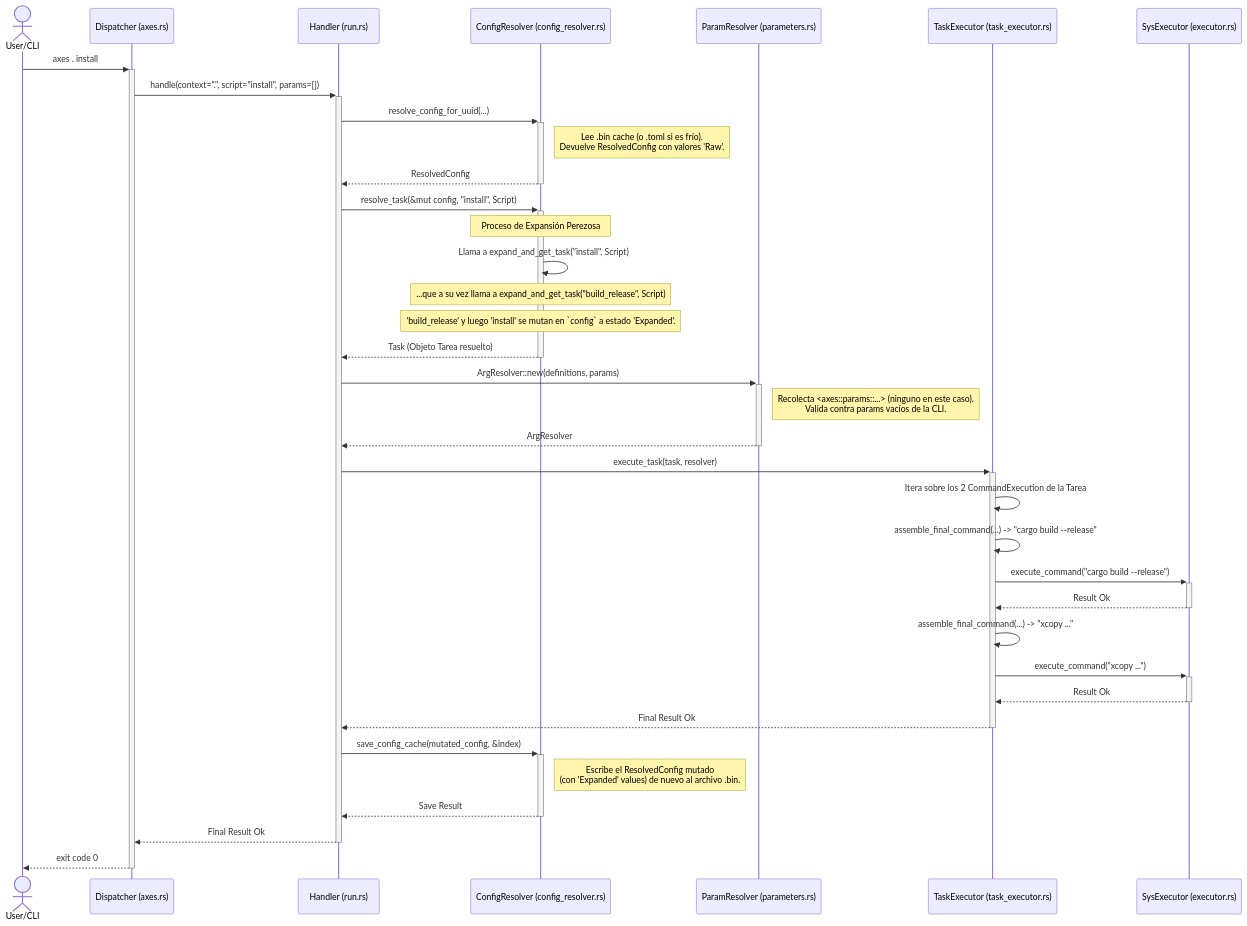
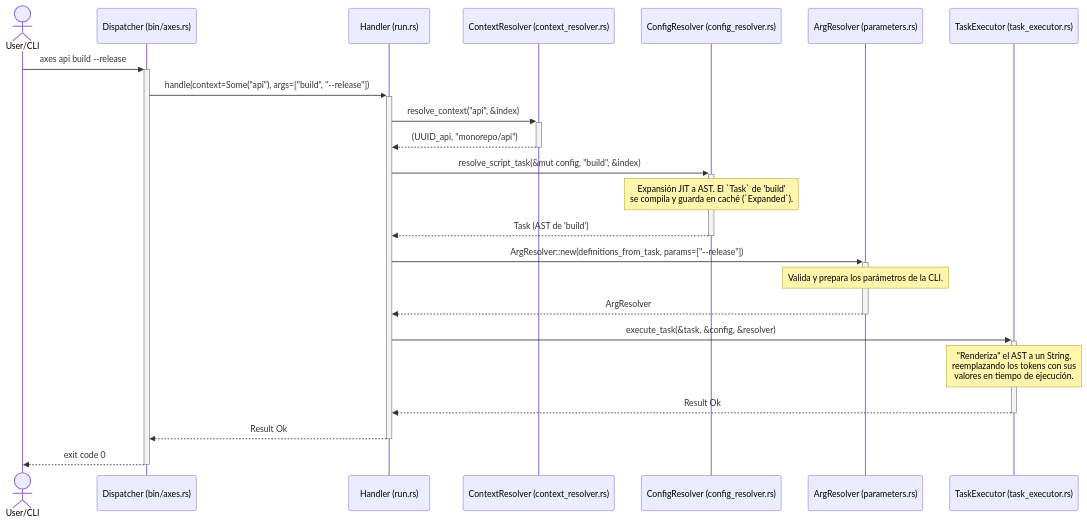
The third of 6 diagrams in docs/es/TECNICAL.md (RetypeOS/axes), drawn with Mermaid before and after one commit. The commit also changed other lines of this file and 2 other files, not shown here.

````diff
--- a/docs/es/TECNICAL.md
+++ b/docs/es/TECNICAL.md
@@ -390,48 +131,26 @@
 ```mermaid
 sequenceDiagram
     actor User/CLI
-    participant D as Dispatcher (axes.rs)
+    participant D as Dispatcher (bin/axes.rs)
     participant H as Handler (run.rs)
-    participant CR as ConfigResolver (config_resolver.rs)
-    participant PR as ParamResolver (parameters.rs)
+    participant CR as ContextResolver (context_resolver.rs)
+    participant CfgR as ConfigResolver (config_resolver.rs)
+    participant AR as ArgResolver (parameters.rs)
     participant TE as TaskExecutor (task_executor.rs)
-    participant SE as SysExecutor (executor.rs)
 
-    User/CLI->>+D: axes . install
-    D->>+H: handle(context=".", script="install", params=[])
-    
-    H->>+CR: resolve_config_for_uuid(...)
-    Note right of CR: Lee .bin cache (o .toml si es frío).<br>Devuelve ResolvedConfig con valores 'Raw'.
-    CR-->>-H: ResolvedConfig
-    
-    H->>+CR: resolve_task(&mut config, "install", Script)
-    
-    Note over CR: Proceso de Expansión Perezosa
-    CR->>CR: Llama a expand_and_get_task("install", Script)
-    Note over CR: ...que a su vez llama a expand_and_get_task("build_release", Script)
-    Note over CR: 'build_release' y luego 'install' se mutan en `config` a estado 'Expanded'.
-    
-    CR-->>-H: Task (Objeto Tarea resuelto)
-    
-    H->>+PR: ArgResolver::new(definitions, params)
-    Note right of PR: Recolecta <axes::params::...> (ninguno en este caso).<br>Valida contra params vacíos de la CLI.
-    PR-->>-H: ArgResolver
-    
-    H->>+TE: execute_task(task, resolver)
-    TE->>TE: Itera sobre los 2 CommandExecution de la Tarea
-        TE->>TE: assemble_final_command(...) -> "cargo build --release"
-        TE->>+SE: execute_command("cargo build --release")
-        SE-->>-TE: Result Ok
-        TE->>TE: assemble_final_command(...) -> "xcopy ..."
-        TE->>+SE: execute_command("xcopy ...")
-        SE-->>-TE: Result Ok
-    
-    TE-->>-H: Final Result Ok
-    
-    H->>+CR: save_config_cache(mutated_config, &index)
-    Note right of CR: Escribe el ResolvedConfig mutado<br>(con 'Expanded' values) de nuevo al archivo .bin.
-    CR-->>-H: Save Result
-    
-    H-->>-D: Final Result Ok
+    User/CLI->>+D: axes api build --release
+    D->>+H: handle(context=Some("api"), args=["build", "--release"])
+    H->>+CR: resolve_context("api", &index)
+    CR-->>-H: (UUID_api, "monorepo/api")
+    H->>+CfgR: resolve_script_task(&mut config, "build", &index)
+    Note over CfgR: Expansión JIT a AST. El `Task` de 'build'<br>se compila y guarda en caché (`Expanded`).
+    CfgR-->>-H: Task (AST de 'build')
+    H->>+AR: ArgResolver::new(definitions_from_task, params=["--release"])
+    Note over AR: Valida y prepara los parámetros de la CLI.
+    AR-->>-H: ArgResolver
+    H->>+TE: execute_task(&task, &config, &resolver)
+    Note over TE: "Renderiza" el AST a un String,<br>reemplazando los tokens con sus<br>valores en tiempo de ejecución.
+    TE-->>-H: Result Ok
+    H-->>-D: Result Ok
     D-->>-User/CLI: exit code 0
 ```
````
